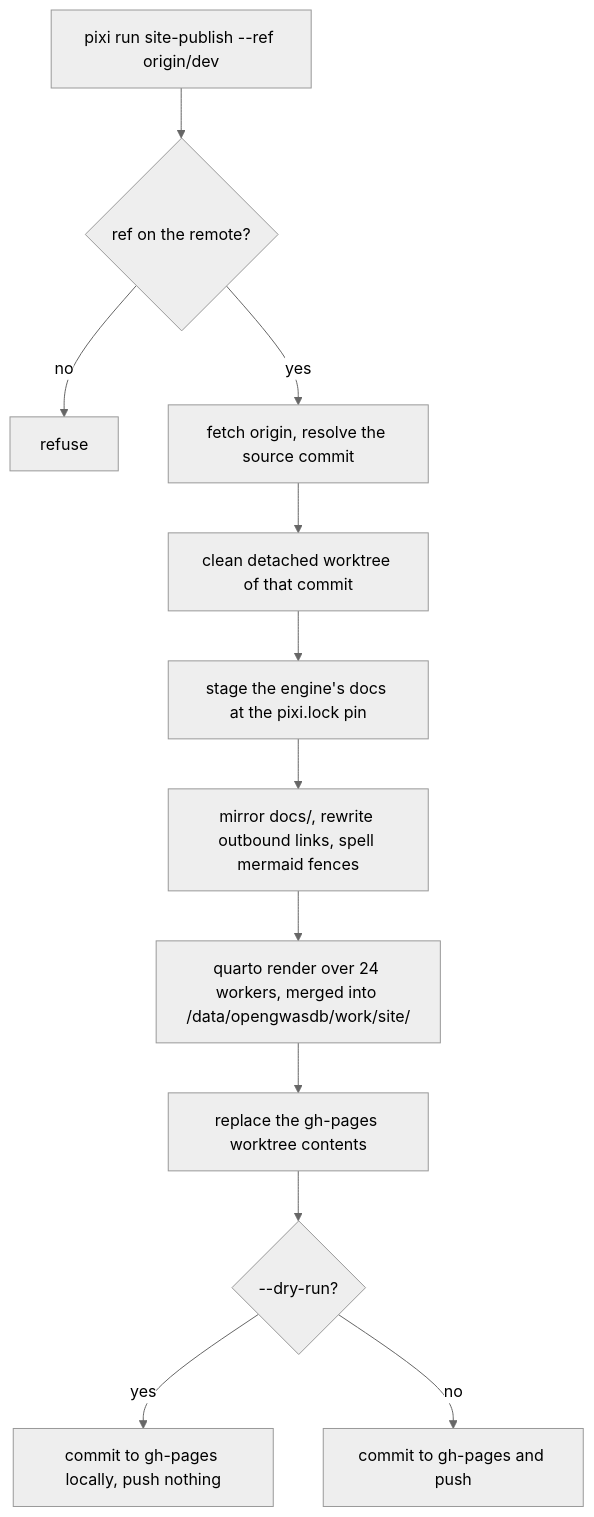
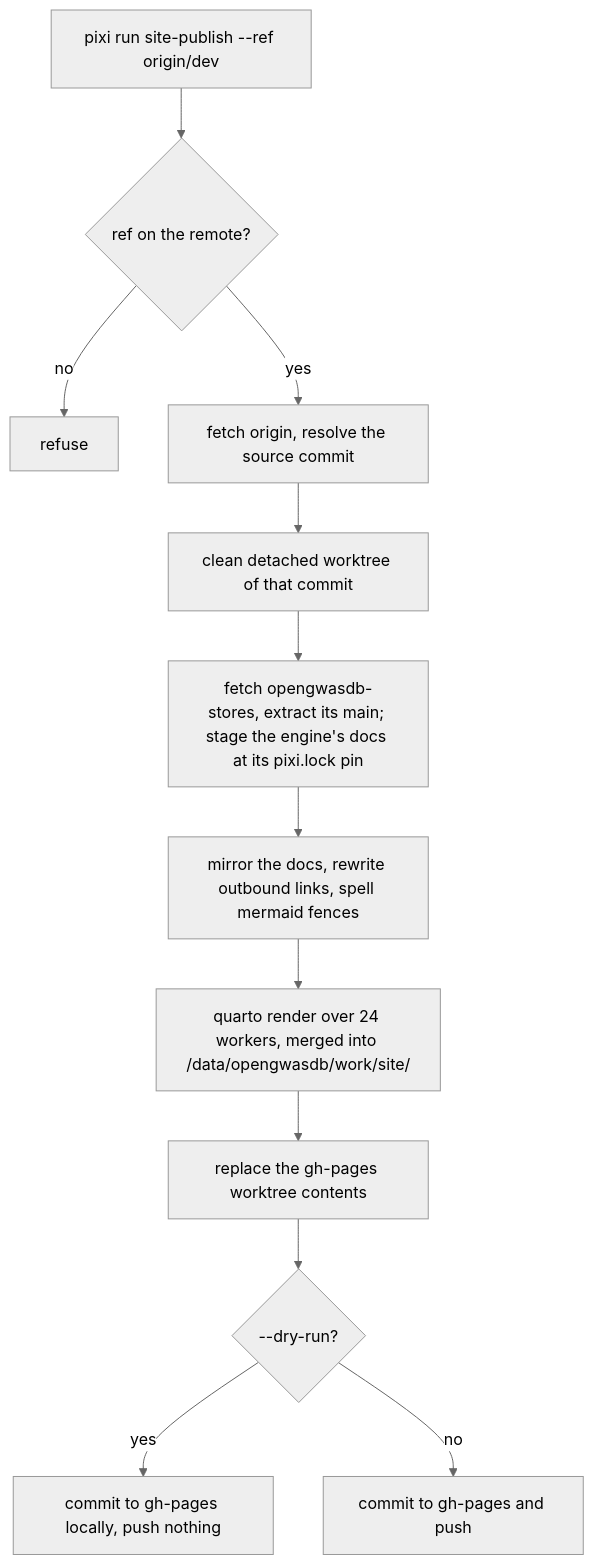
Before and after one commit to opengwas/og-dev-hub: the diagram in docs/site.md, drawn with Mermaid (neutral theme). The commit also changed other lines of this file and 9 other files, not shown here.

````diff
--- a/docs/site.md
+++ b/docs/site.md
@@ -80,14 +92,14 @@
 ```mermaid
 flowchart TD
   A["pixi run site-publish --ref origin/dev"] --> B{"ref on the remote?"}
   B -- no --> X["refuse"]
   B -- yes --> C["fetch origin, resolve the source commit"]
   C --> D["clean detached worktree of that commit"]
-  D --> E["stage the engine's docs at the pixi.lock pin"]
-  E --> F["mirror docs/, rewrite outbound links, spell mermaid fences"]
+  D --> E["fetch opengwasdb-stores, extract its main; stage the engine's docs at its pixi.lock pin"]
+  E --> F["mirror the docs, rewrite outbound links, spell mermaid fences"]
   F --> G["quarto render over 24 workers, merged into /data/opengwasdb/work/site/"]
   G --> H["replace the gh-pages worktree contents"]
   H --> I{"--dry-run?"}
   I -- yes --> J["commit to gh-pages locally, push nothing"]
   I -- no --> K["commit to gh-pages and push"]
 ```
````
